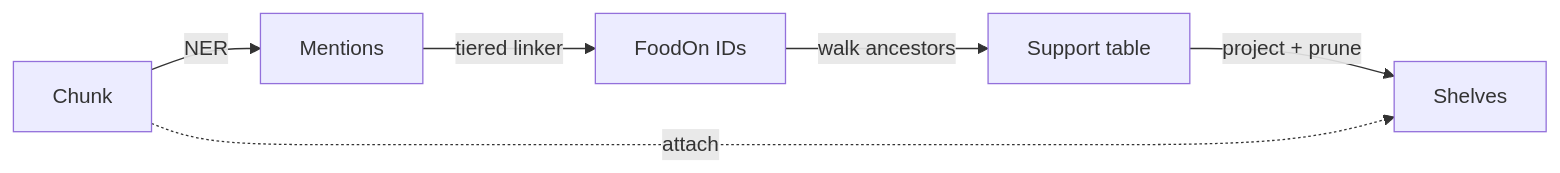
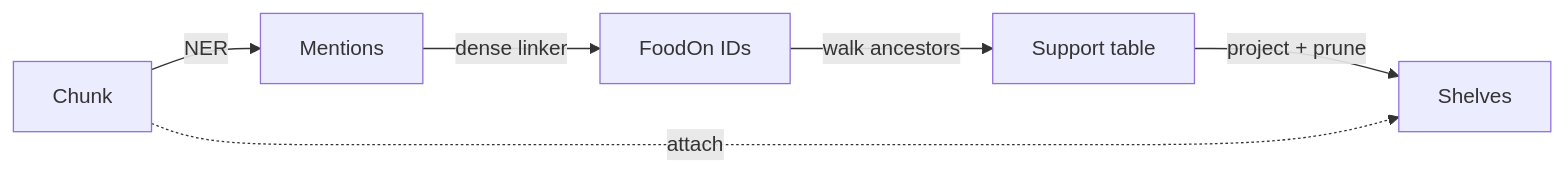
Before and after one commit to wisefood/foodscholar-lib: the first of 2 diagrams in docs/concepts/layer-a-backbone.md, drawn with Mermaid. The commit also changed other lines of this file and 9 other files, not shown here.

````diff
--- a/docs/concepts/layer-a-backbone.md
+++ b/docs/concepts/layer-a-backbone.md
@@ -9,8 +9,8 @@
 ```{mermaid}
 flowchart LR
     Ch[Chunk] -->|NER| Me[Mentions]
-    Me -->|tiered linker| Ids[FoodOn IDs]
+    Me -->|dense linker| Ids[FoodOn IDs]
     Ids -->|walk ancestors| Sup[Support table]
     Sup -->|project + prune| Sh[Shelves]
     Ch -.attach.-> Sh
 ```
````
